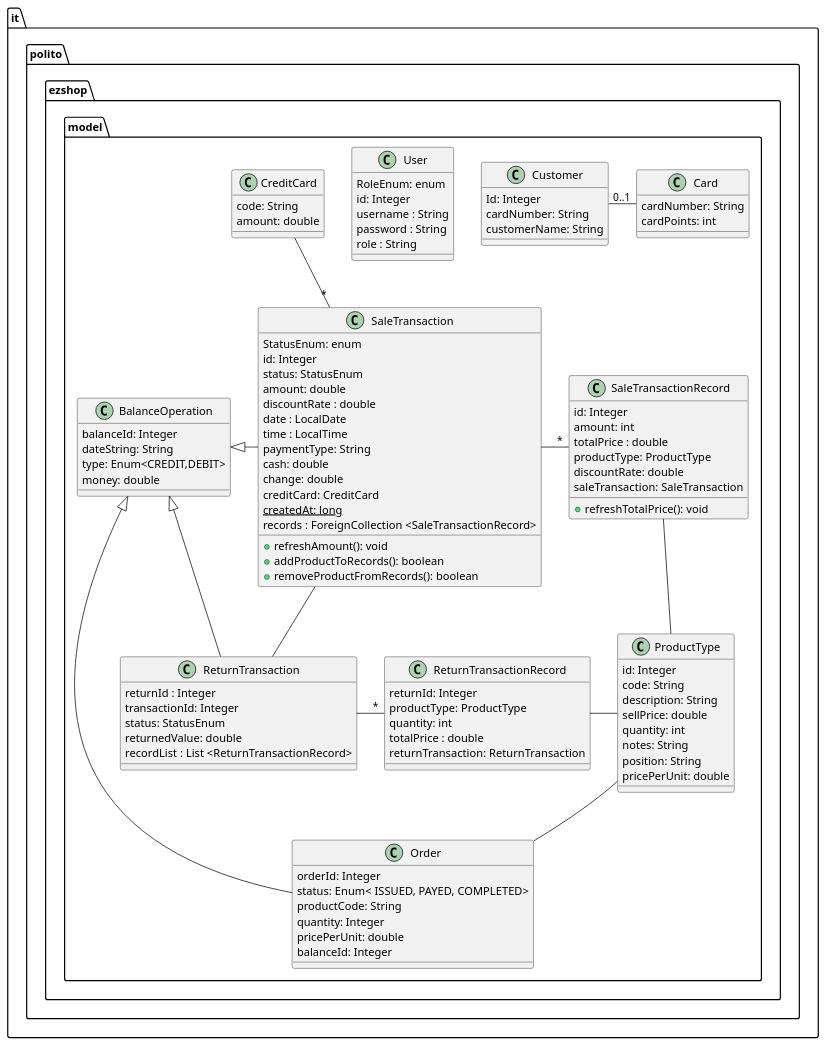
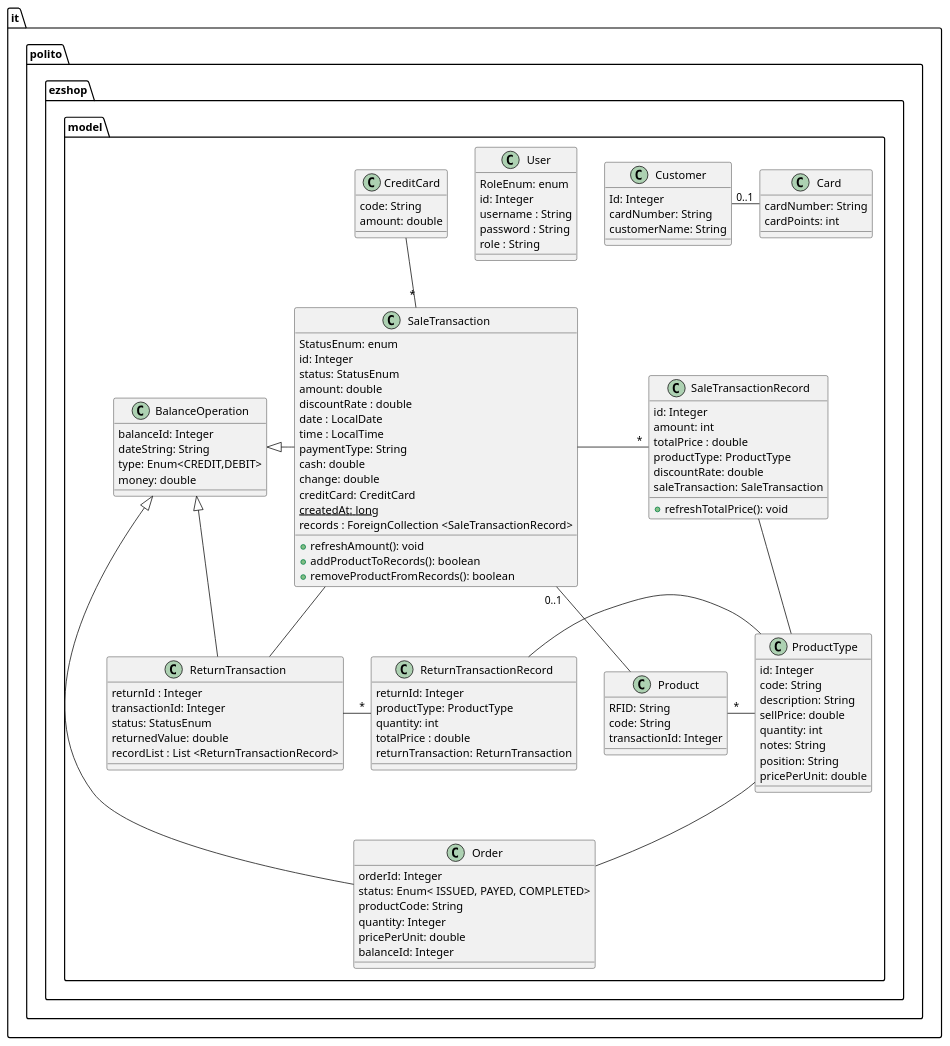
Before and after one commit to paocela/EzShop: the third of 29 diagrams in Deliverables/DesignDocument.md, drawn with PlantUML. The commit also changed other lines of this file and 1 other file, not shown here.

Commit message:
feat(DesignDocument): Added design requirements for RFID

```diff
--- a/Deliverables/DesignDocument.md
+++ b/Deliverables/DesignDocument.md
@@ -204,8 +210,14 @@
 
 
     }
+    
+    class Product {
+        RFID: String
+        code: String
+        transactionId: Integer
+    }
+    
     class SaleTransaction {
-    
         StatusEnum: enum
         id: Integer
         status: StatusEnum
@@ -282,6 +294,8 @@
 
 Customer - "0..1" Card
 ProductType -- Order
+ProductType - "*" Product
+Product - "0..1" SaleTransaction
 
 BalanceOperation ^- SaleTransaction
 BalanceOperation ^- ReturnTransaction
```
